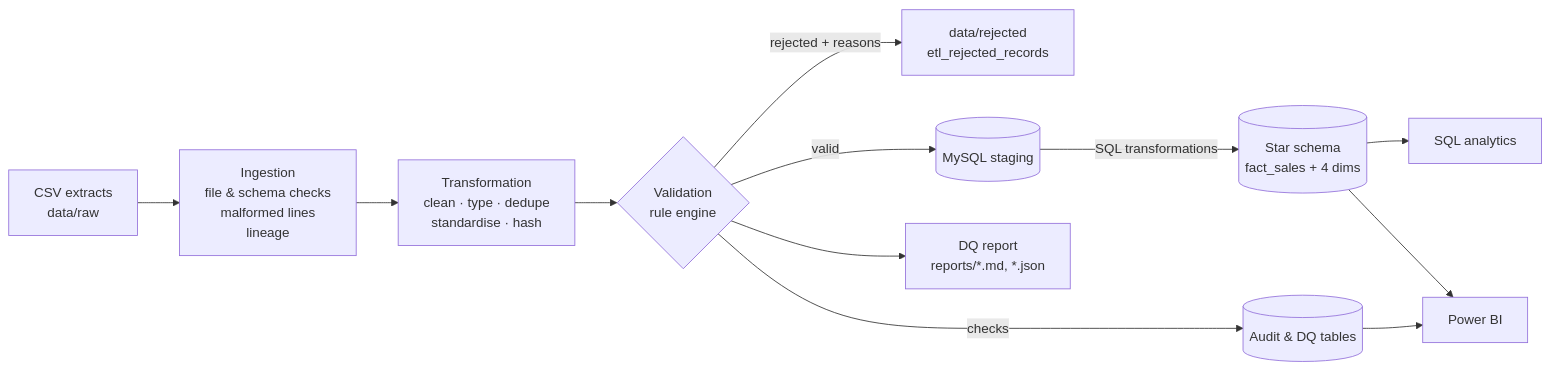
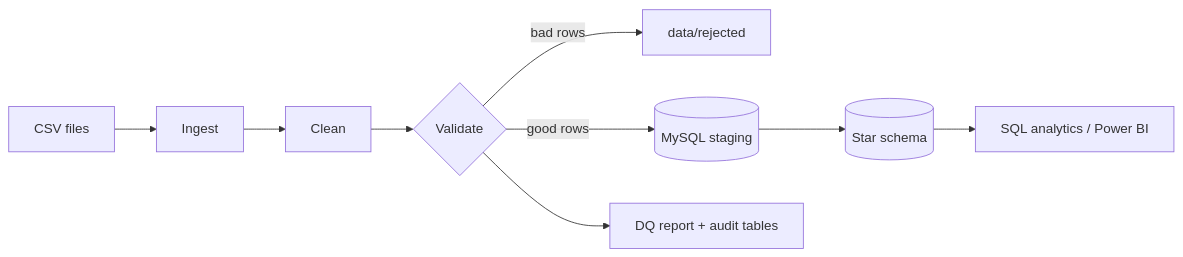
One commit to cheeliamithkumar/retail-data-platform changed the diagram in README.md. Above: the diagram before and after it, drawn with Mermaid. The commit also changed other lines of this file and 4 other files, not shown here.

````diff
--- a/README.md
+++ b/README.md
@@ -59,13 +99,8 @@
 ```mermaid
 flowchart LR
-    A[CSV extracts<br/>data/raw] --> B[Ingestion<br/>file & schema checks<br/>malformed lines<br/>lineage]
-    B --> C[Transformation<br/>clean · type · dedupe<br/>standardise · hash]
-    C --> D{Validation<br/>rule engine}
-    D -- rejected + reasons --> E[data/rejected<br/>etl_rejected_records]
-    D -- valid --> F[(MySQL staging)]
-    F -- SQL transformations --> G[(Star schema<br/>fact_sales + 4 dims)]
-    D -- checks --> H[(Audit & DQ tables)]
-    G --> I[SQL analytics]
-    G & H --> J[Power BI]
-    D --> K[DQ report<br/>reports/*.md, *.json]
+    A[CSV files] --> B[Ingest] --> C[Clean] --> D{Validate}
+    D -- bad rows --> E[data/rejected]
+    D -- good rows --> F[(MySQL staging)] --> G[(Star schema)]
+    D --> H[DQ report + audit tables]
+    G --> I[SQL analytics / Power BI]
 ```
````
